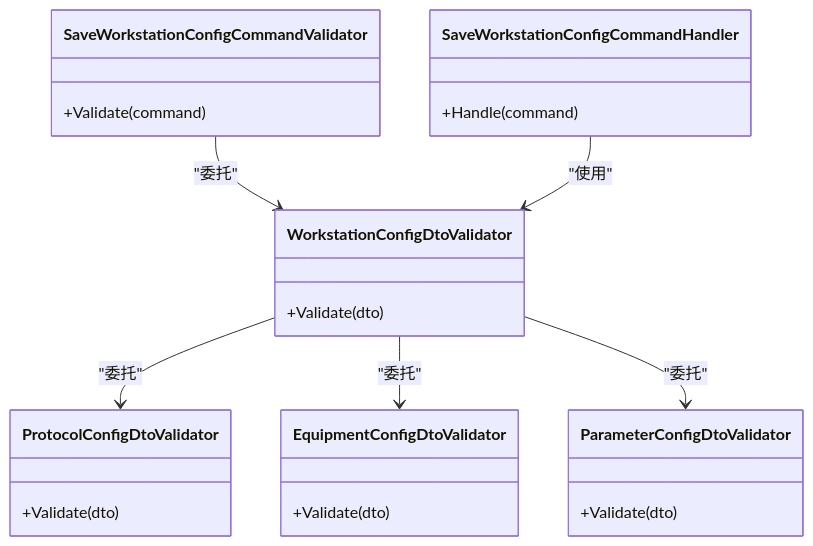
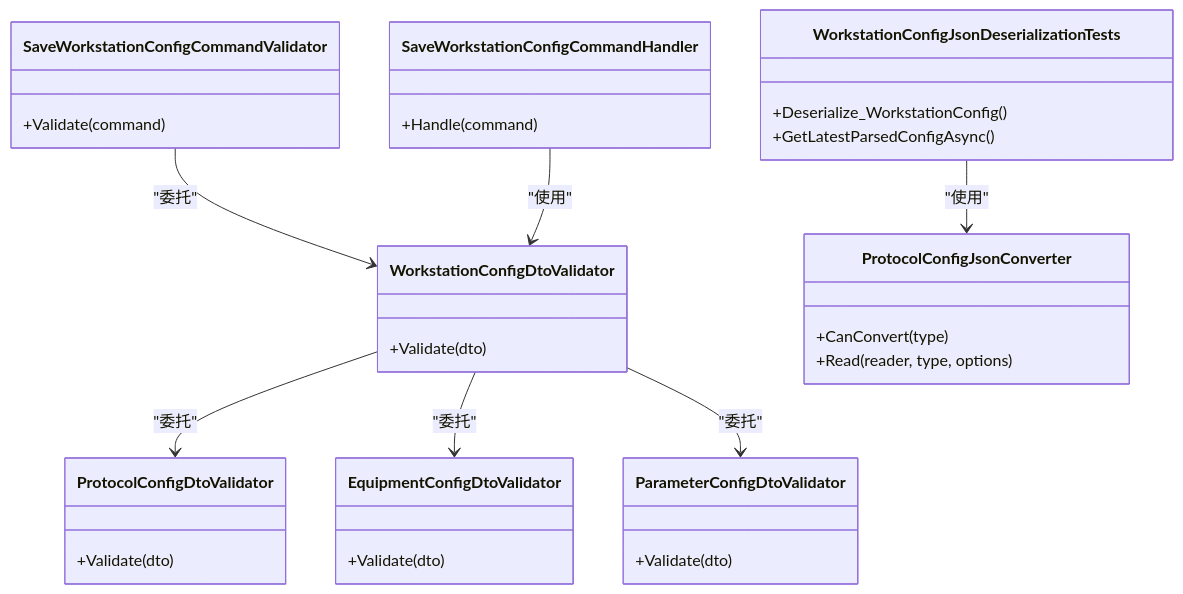
The fifth of 5 diagrams in .qoder/repowiki/zh/content/测试策略/单元测试.md (whitemousetl/IndustrialDataSolution), drawn with Mermaid before and after one commit. The commit also changed other lines of this file and 18 other files, not shown here.

````diff
--- a/.qoder/repowiki/zh/content/测试策略/单元测试.md
+++ b/.qoder/repowiki/zh/content/测试策略/单元测试.md
@@ -283,26 +337,35 @@
 ```mermaid
 classDiagram
 class SaveWorkstationConfigCommandValidator {
 +Validate(command)
 }
 class WorkstationConfigDtoValidator {
 +Validate(dto)
 }
 class ProtocolConfigDtoValidator {
 +Validate(dto)
 }
 class EquipmentConfigDtoValidator {
 +Validate(dto)
 }
 class ParameterConfigDtoValidator {
 +Validate(dto)
 }
 class SaveWorkstationConfigCommandHandler {
 +Handle(command)
 }
+class WorkstationConfigJsonDeserializationTests {
++Deserialize_WorkstationConfig()
++GetLatestParsedConfigAsync()
+}
+class ProtocolConfigJsonConverter {
++CanConvert(type)
++Read(reader, type, options)
+}
 SaveWorkstationConfigCommandValidator --> WorkstationConfigDtoValidator : "委托"
 WorkstationConfigDtoValidator --> ProtocolConfigDtoValidator : "委托"
 WorkstationConfigDtoValidator --> EquipmentConfigDtoValidator : "委托"
 WorkstationConfigDtoValidator --> ParameterConfigDtoValidator : "委托"
 SaveWorkstationConfigCommandHandler --> WorkstationConfigDtoValidator : "使用"
+WorkstationConfigJsonDeserializationTests --> ProtocolConfigJsonConverter : "使用"
 ```
````
